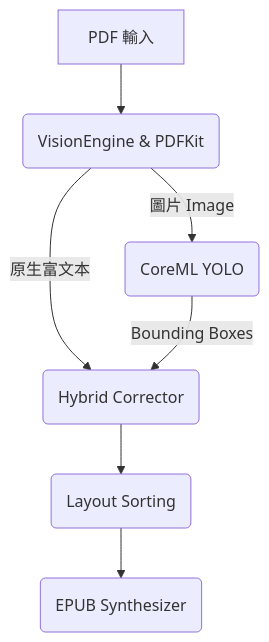
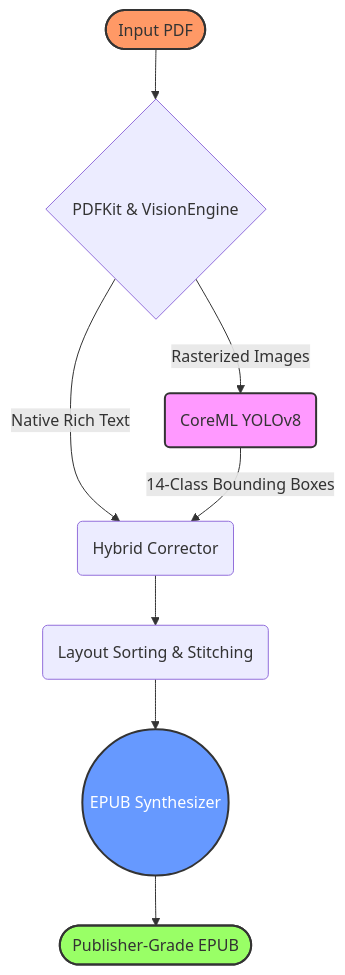
Before and after one commit to codinguniversefromEric/Make_it_Flow: the second of 2 diagrams in README.md, drawn with Mermaid. The commit also changed other lines of this file, not shown here.

Commit message:
docs: translate README to full English and enhance Mermaid flowcharts

````diff
--- a/README.md
+++ b/README.md
@@ -44,9 +46,19 @@
 ```mermaid
 flowchart TD
-    A[PDF 輸入] --> B(VisionEngine & PDFKit)
-    B -->|圖片 Image| C(CoreML YOLO)
-    B -->|原生富文本| D(Hybrid Corrector)
-    C -->|Bounding Boxes| D
-    D --> E(Layout Sorting)
-    E --> F(EPUB Synthesizer)
+    A([Input PDF]) --> B{"PDFKit & VisionEngine"}
+    
+    B -->|Rasterized Images| C("CoreML YOLOv8")
+    B -->|Native Rich Text| D("Hybrid Corrector")
+    
+    C -->|14-Class Bounding Boxes| D
+    
+    D --> E("Layout Sorting & Stitching")
+    E --> F(("EPUB Synthesizer"))
+    
+    F --> G([Publisher-Grade EPUB])
+
+    style A fill:#f96,stroke:#333,stroke-width:2px
+    style G fill:#9f6,stroke:#333,stroke-width:2px
+    style C fill:#f9f,stroke:#333,stroke-width:2px
+    style F fill:#69f,stroke:#333,stroke-width:2px,color:#fff
 ```
````
